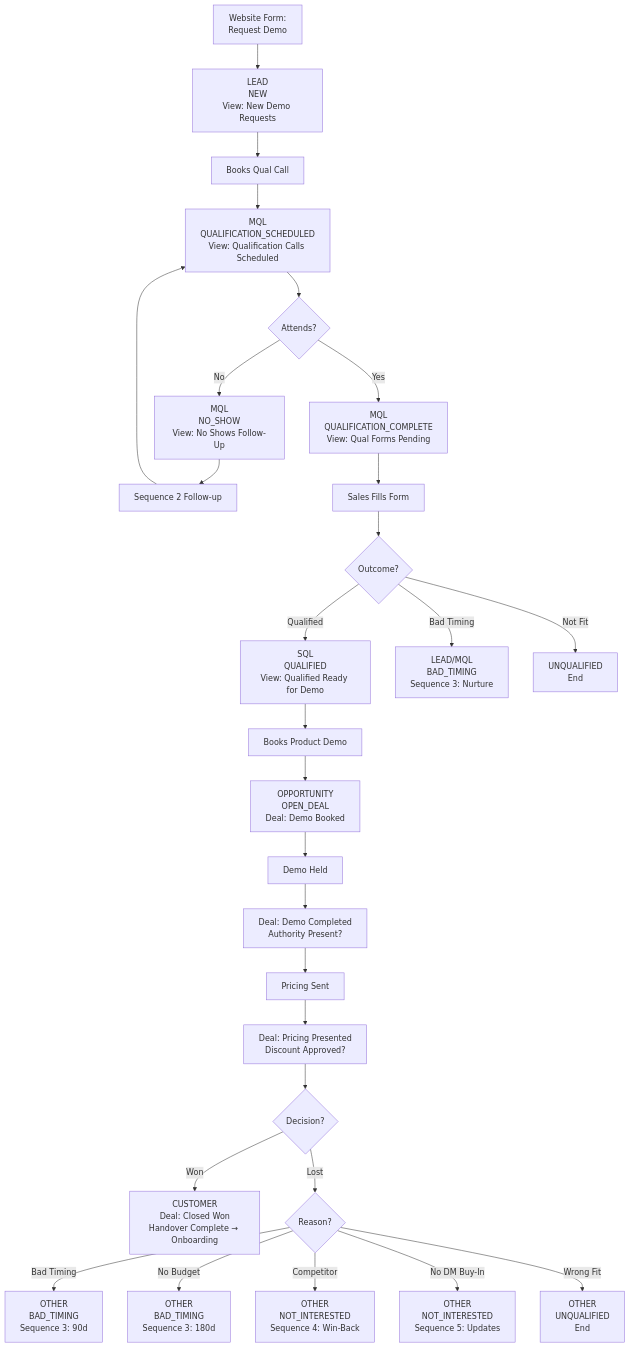
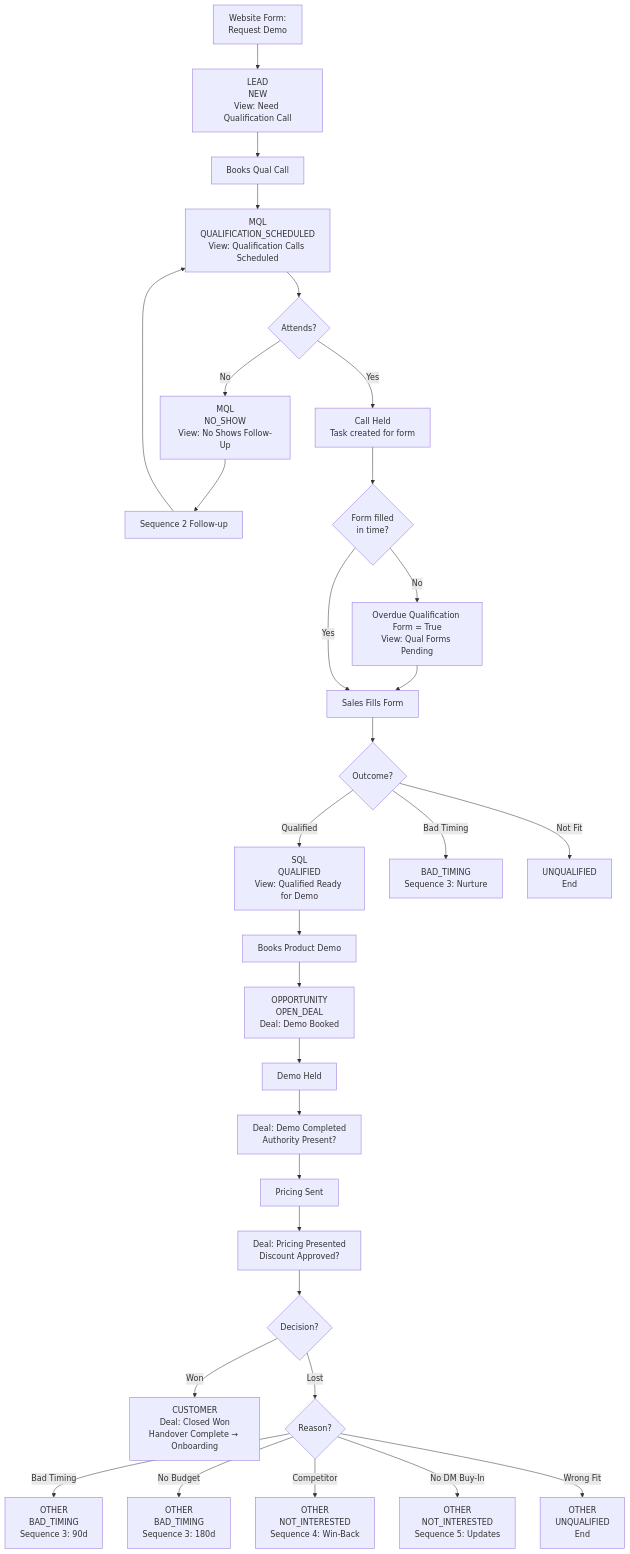
Before and after one commit to mattmaxted-cmyk/AIAssistant: the sixth of 6 diagrams in Hubspot/HubSpot_Master_Plan_CONSOLIDATED.md, drawn with Mermaid. The commit also changed other lines of this file, not shown here.

Commit message:
Update HubSpot Master Plan with full implementation details - Added 14 workflows, property logic gates, sequence workaround, handover process, and discount approval flow

````diff
--- a/Hubspot/HubSpot_Master_Plan_CONSOLIDATED.md
+++ b/Hubspot/HubSpot_Master_Plan_CONSOLIDATED.md
@@ -1311,39 +1896,42 @@
 ```mermaid
 flowchart TD
-    A[Website Form:<br/>Request Demo] --> B[LEAD<br/>NEW<br/>View: New Demo Requests]
+    A[Website Form:<br/>Request Demo] --> B[LEAD<br/>NEW<br/>View: Need Qualification Call]
     
     B --> C[Books Qual Call]
     C --> D[MQL<br/>QUALIFICATION_SCHEDULED<br/>View: Qualification Calls Scheduled]
     
     D --> E{Attends?}
     E -->|No| F[MQL<br/>NO_SHOW<br/>View: No Shows Follow-Up]
-    E -->|Yes| G[MQL<br/>QUALIFICATION_COMPLETE<br/>View: Qual Forms Pending]
+    E -->|Yes| G[Call Held<br/>Task created for form]
     
     F --> H[Sequence 2 Follow-up]
     H --> D
     
-    G --> I[Sales Fills Form]
+    G --> G1{Form filled<br/>in time?}
+    G1 -->|No| G2[Overdue Qualification Form = True<br/>View: Qual Forms Pending]
+    G2 --> I
+    G1 -->|Yes| I[Sales Fills Form]
     I --> J{Outcome?}
     
     J -->|Qualified| K[SQL<br/>QUALIFIED<br/>View: Qualified Ready for Demo]
-    J -->|Bad Timing| L[LEAD/MQL<br/>BAD_TIMING<br/>Sequence 3: Nurture]
+    J -->|Bad Timing| L[BAD_TIMING<br/>Sequence 3: Nurture]
     J -->|Not Fit| M[UNQUALIFIED<br/>End]
     
     K --> N[Books Product Demo]
     N --> O[OPPORTUNITY<br/>OPEN_DEAL<br/>Deal: Demo Booked]
     
     O --> P[Demo Held]
     P --> Q[Deal: Demo Completed<br/>Authority Present?]
     Q --> R[Pricing Sent]
     R --> S[Deal: Pricing Presented<br/>Discount Approved?]
     
     S --> T{Decision?}
     T -->|Won| U[CUSTOMER<br/>Deal: Closed Won<br/>Handover Complete → Onboarding]
     T -->|Lost| V{Reason?}
     
     V -->|Bad Timing| W[OTHER<br/>BAD_TIMING<br/>Sequence 3: 90d]
     V -->|No Budget| X[OTHER<br/>BAD_TIMING<br/>Sequence 3: 180d]
     V -->|Competitor| Y[OTHER<br/>NOT_INTERESTED<br/>Sequence 4: Win-Back]
     V -->|No DM Buy-In| Z1[OTHER<br/>NOT_INTERESTED<br/>Sequence 5: Updates]
     V -->|Wrong Fit| Z2[OTHER<br/>UNQUALIFIED<br/>End]
 ```
````
